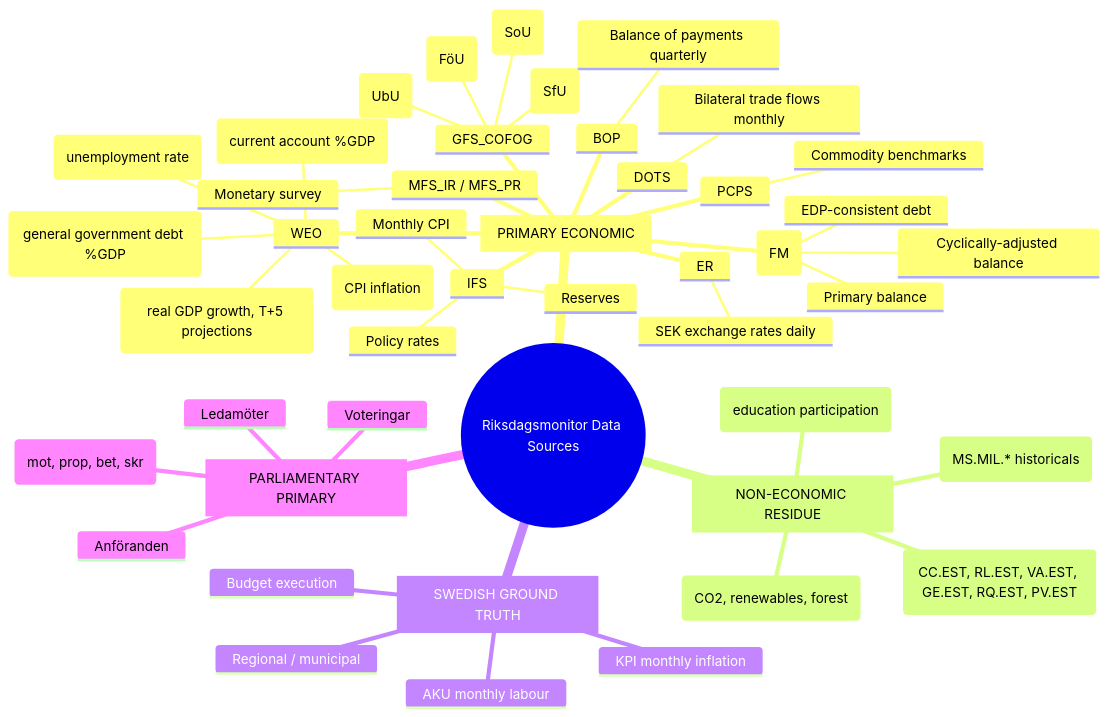
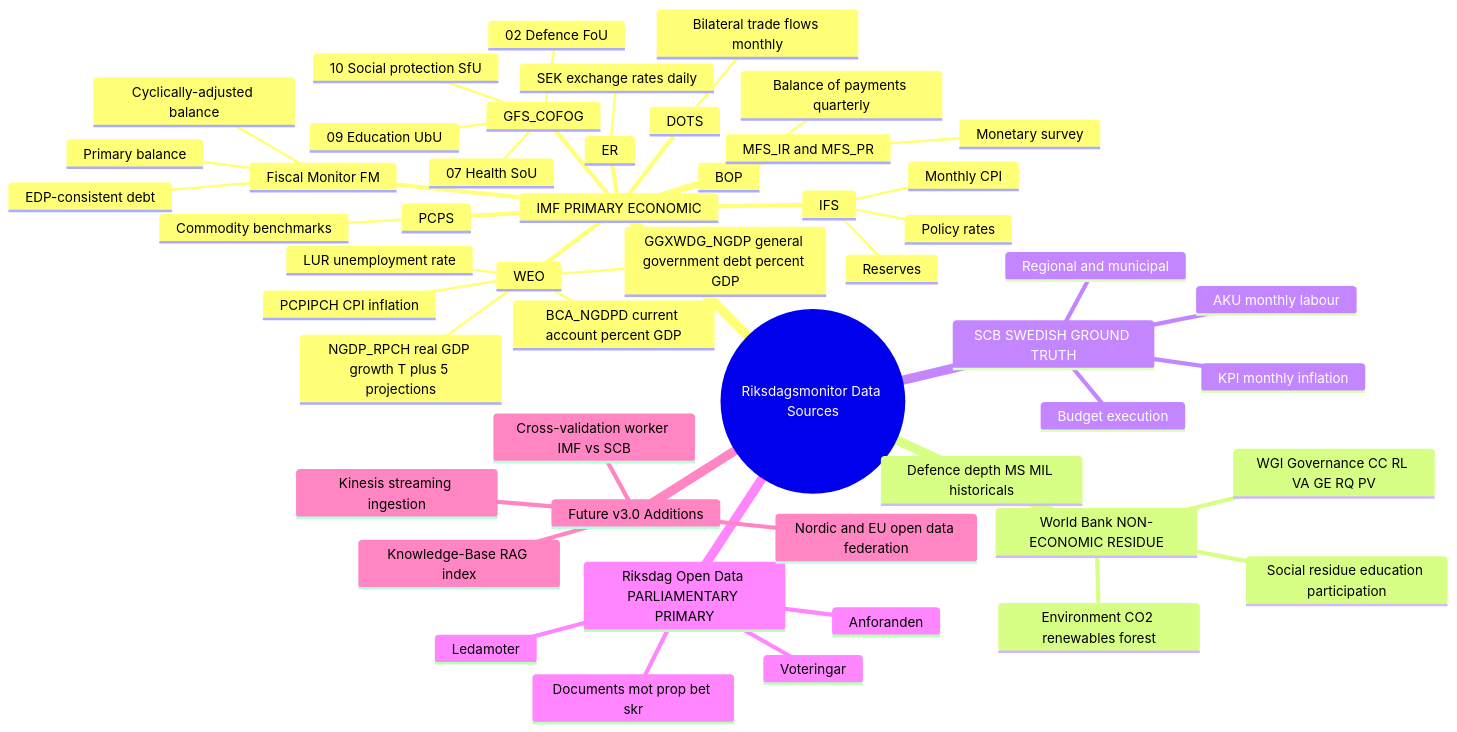
Diagram 17 of 17 in FUTURE_MINDMAP.md (Hack23/riksdagsmonitor), drawn with Mermaid before and after one commit. The commit also changed other lines of this file and 5 other files, not shown here.

Commit message:
Rewrite FUTURE_DATA_MODEL.md as three-horizon data architecture (v3.0)

````diff
--- a/FUTURE_MINDMAP.md
+++ b/FUTURE_MINDMAP.md
@@ -879,49 +766,54 @@
 ```mermaid
 mindmap
   root((Riksdagsmonitor Data Sources))
-    IMF [PRIMARY ECONOMIC]
+    IMF PRIMARY ECONOMIC
       WEO
-        NGDP_RPCH (real GDP growth, T+5 projections)
-        PCPIPCH (CPI inflation)
-        LUR (unemployment rate)
-        GGXWDG_NGDP (general government debt %GDP)
-        BCA_NGDPD (current account %GDP)
-      Fiscal Monitor (FM)
+        NGDP_RPCH real GDP growth T plus 5 projections
+        PCPIPCH CPI inflation
+        LUR unemployment rate
+        GGXWDG_NGDP general government debt percent GDP
+        BCA_NGDPD current account percent GDP
+      Fiscal Monitor FM
         Cyclically-adjusted balance
         Primary balance
         EDP-consistent debt
       IFS
         Monthly CPI
         Policy rates
         Reserves
       BOP
         Balance of payments quarterly
       DOTS
         Bilateral trade flows monthly
       GFS_COFOG
-        02 Defence (FöU)
-        07 Health (SoU)
-        09 Education (UbU)
-        10 Social protection (SfU)
+        02 Defence FoU
+        07 Health SoU
+        09 Education UbU
+        10 Social protection SfU
       PCPS
         Commodity benchmarks
       ER
         SEK exchange rates daily
-      MFS_IR / MFS_PR
+      MFS_IR and MFS_PR
         Monetary survey
-    World Bank [NON-ECONOMIC RESIDUE]
-      WGI Governance (CC.EST, RL.EST, VA.EST, GE.EST, RQ.EST, PV.EST)
-      Environment (CO2, renewables, forest)
-      Social residue (education participation)
-      Defence depth (MS.MIL.* historicals)
-    SCB [SWEDISH GROUND TRUTH]
+    World Bank NON-ECONOMIC RESIDUE
+      WGI Governance CC RL VA GE RQ PV
+      Environment CO2 renewables forest
+      Social residue education participation
+      Defence depth MS MIL historicals
+    SCB SWEDISH GROUND TRUTH
       AKU monthly labour
       KPI monthly inflation
-      Regional / municipal
+      Regional and municipal
       Budget execution
-    Riksdag Open Data [PARLIAMENTARY PRIMARY]
-      Documents (mot, prop, bet, skr)
+    Riksdag Open Data PARLIAMENTARY PRIMARY
+      Documents mot prop bet skr
       Voteringar
-      Anföranden
-      Ledamöter
+      Anforanden
+      Ledamoter
+    Future v3.0 Additions
+      Nordic and EU open data federation
+      Kinesis streaming ingestion
+      Knowledge-Base RAG index
+      Cross-validation worker IMF vs SCB
 ```
````
